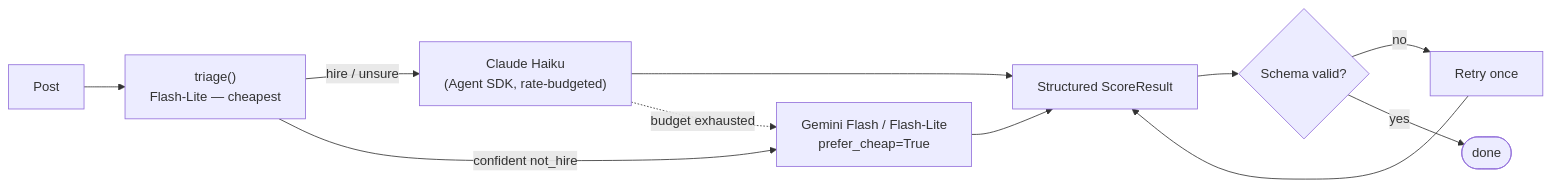
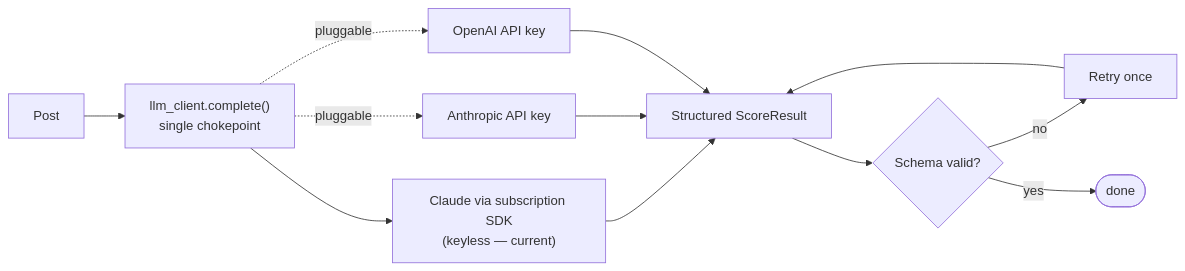
One commit to AishwaryaDV/reddit-outreach changed the third of 7 diagrams in docs/PIPELINE_FLOW.md. Above: the diagram before and after it, drawn with Mermaid. The commit also changed other lines of this file, not shown here.

Commit message:
docs: update pipeline flow for single-backend / bring-your-own-key

````diff
--- a/docs/PIPELINE_FLOW.md
+++ b/docs/PIPELINE_FLOW.md
@@ -96,12 +90,13 @@
 ```mermaid
 flowchart LR
-    IN[Post] --> TRI["triage()<br/>Flash-Lite — cheapest"]
-    TRI -->|hire / unsure| CLA["Claude Haiku<br/>(Agent SDK, rate-budgeted)"]
-    TRI -->|confident not_hire| GEM["Gemini Flash / Flash-Lite<br/>prefer_cheap=True"]
-    CLA --> OUT[Structured ScoreResult]
-    GEM --> OUT
-    CLA -. budget exhausted .-> GEM
+    IN[Post] --> COMP["llm_client.complete()<br/>single chokepoint"]
+    COMP --> SDK["Claude via subscription SDK<br/>(keyless — current)"]
+    COMP -. pluggable .-> ANT["Anthropic API key"]
+    COMP -. pluggable .-> OAI["OpenAI API key"]
+    SDK --> OUT[Structured ScoreResult]
+    ANT --> OUT
+    OAI --> OUT
     OUT --> V{Schema valid?}
     V -->|no| RETRY[Retry once] --> OUT
     V -->|yes| DONE([done])
 ```
````
